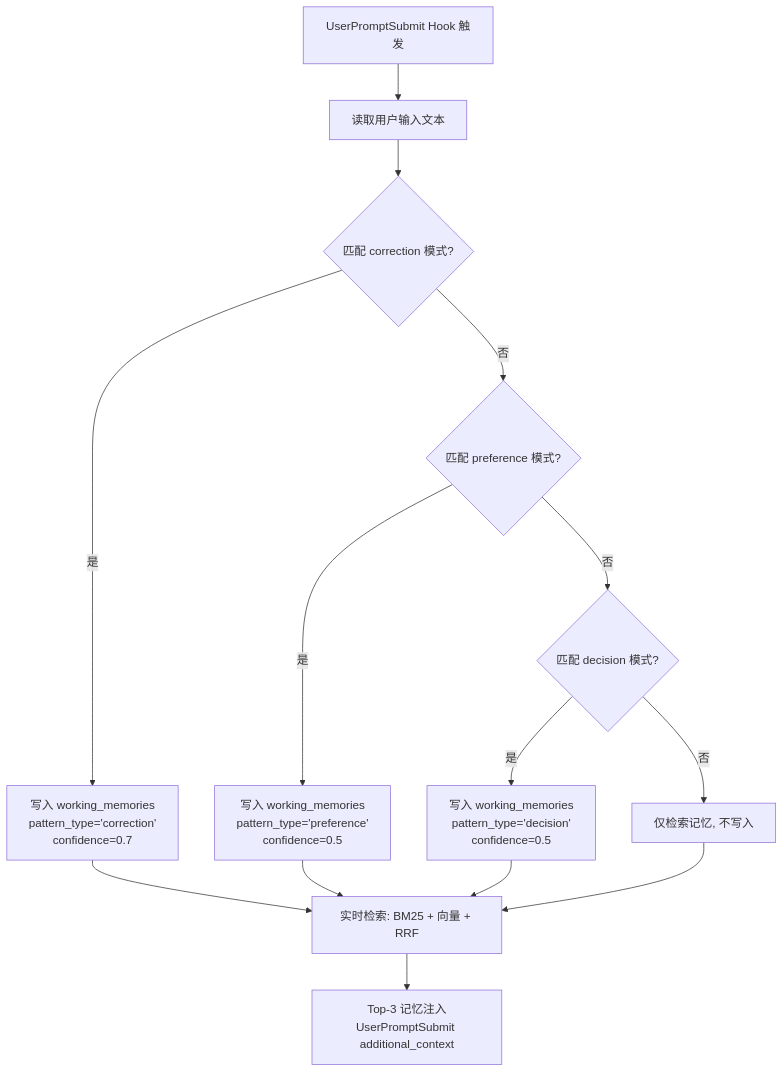
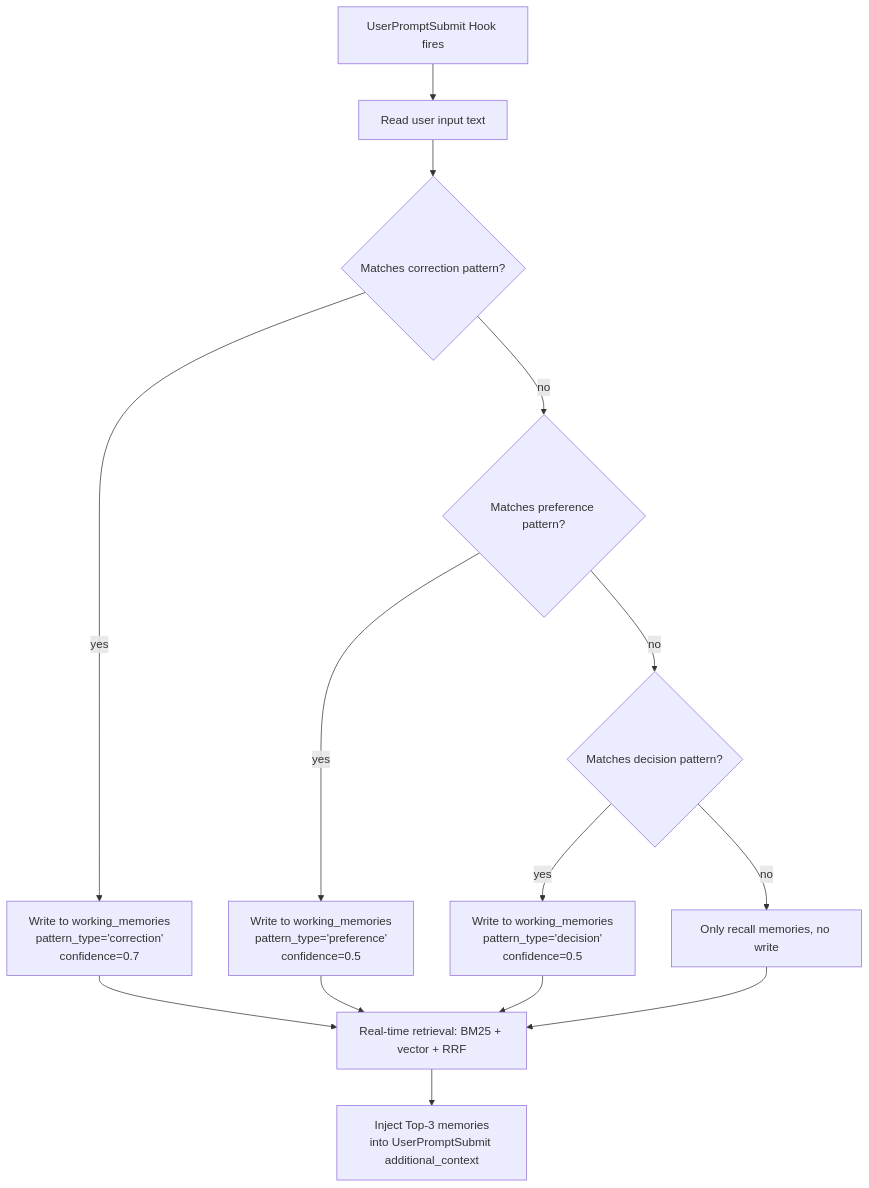
One commit to Lucas-lgm/clio changed the fifth of 10 diagrams in docs/architecture.md. Above: the diagram before and after it, drawn with Mermaid. The commit also changed other lines of this file and 13 other files, not shown here.

````diff
--- a/docs/architecture.md
+++ b/docs/architecture.md
@@ -294,16 +294,16 @@
 ```mermaid
 flowchart TD
-    A[UserPromptSubmit Hook 触发] --> B[读取用户输入文本]
-    B --> C{匹配 correction 模式?}
-    C -->|是| D["写入 working_memories<br>pattern_type='correction'<br>confidence=0.7"]
-    C -->|否| E{匹配 preference 模式?}
-    E -->|是| F["写入 working_memories<br>pattern_type='preference'<br>confidence=0.5"]
-    E -->|否| G{匹配 decision 模式?}
-    G -->|是| H["写入 working_memories<br>pattern_type='decision'<br>confidence=0.5"]
-    G -->|否| I[仅检索记忆, 不写入]
-    D --> J[实时检索: BM25 + 向量 + RRF]
+    A["UserPromptSubmit Hook fires"] --> B["Read user input text"]
+    B --> C{Matches correction pattern?}
+    C -->|yes| D["Write to working_memories<br>pattern_type='correction'<br>confidence=0.7"]
+    C -->|no| E{Matches preference pattern?}
+    E -->|yes| F["Write to working_memories<br>pattern_type='preference'<br>confidence=0.5"]
+    E -->|no| G{Matches decision pattern?}
+    G -->|yes| H["Write to working_memories<br>pattern_type='decision'<br>confidence=0.5"]
+    G -->|no| I["Only recall memories, no write"]
+    D --> J["Real-time retrieval: BM25 + vector + RRF"]
     F --> J
     H --> J
     I --> J
-    J --> K["Top-3 记忆注入<br>UserPromptSubmit additional_context"]
+    J --> K["Inject Top-3 memories<br>into UserPromptSubmit additional_context"]
 ```
````
